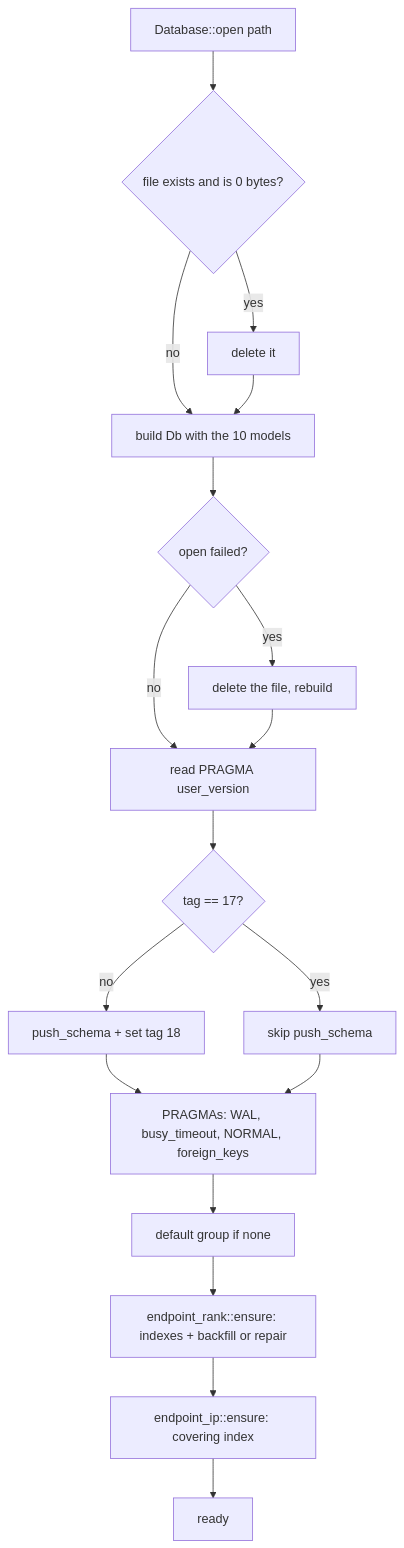
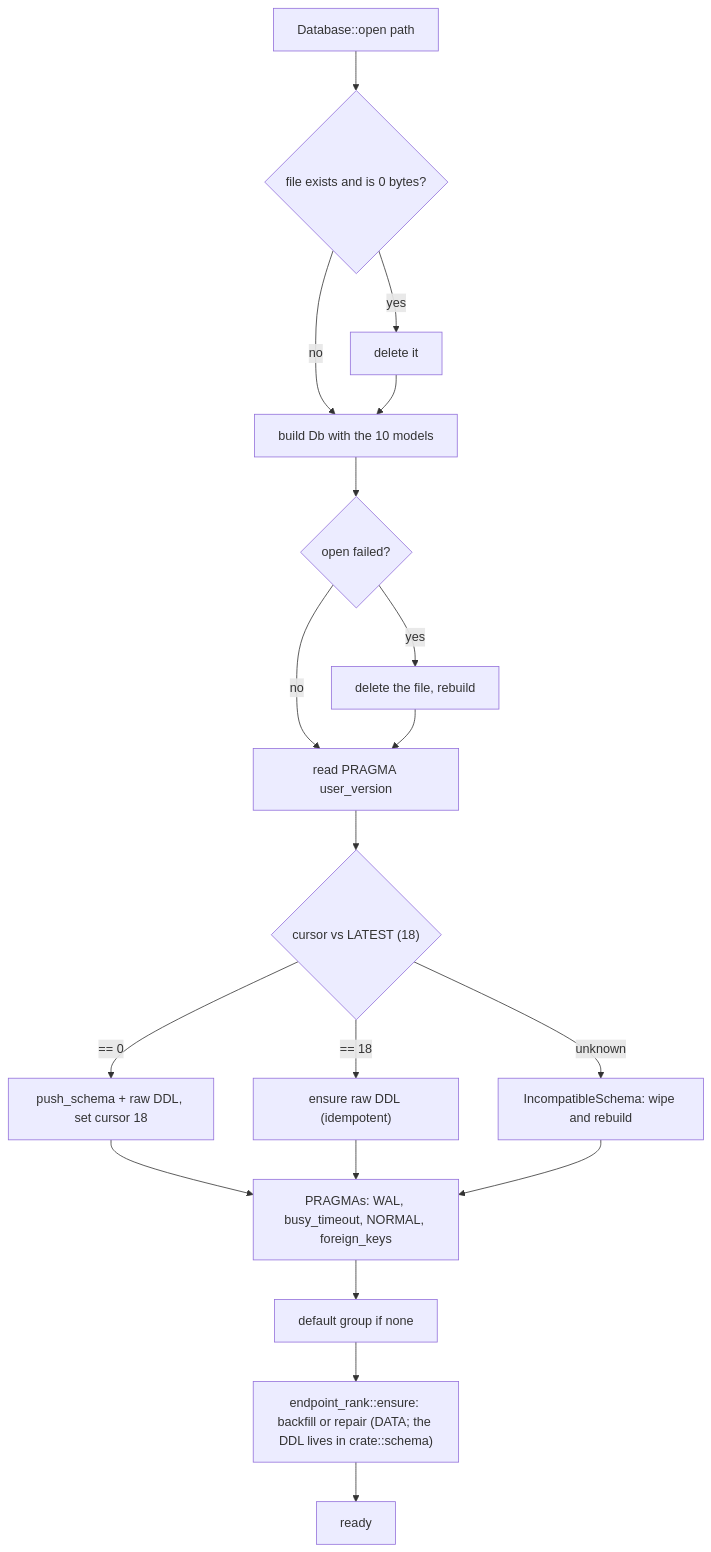
Before and after one commit to SaelKimberly/xray-tui: the second of 7 diagrams in docs/database.md, drawn with Mermaid. The commit also changed other lines of this file and 12 other files, not shown here.

First line of the commit message:
feat(db): migrations own the schema — a cursor, not a wipe

````diff
--- a/docs/database.md
+++ b/docs/database.md
@@ -320,20 +320,21 @@
 ```mermaid
 flowchart TD
     A[Database::open path] --> B{file exists and is 0 bytes?}
     B -- yes --> C[delete it]
     B -- no --> D[build Db with the 10 models]
     C --> D
     D --> E{open failed?}
     E -- yes --> F[delete the file, rebuild]
     E -- no --> G[read PRAGMA user_version]
     F --> G
-    G --> H{tag == 17?}
-    H -- no --> I[push_schema + set tag 18]
-    H -- yes --> J[skip push_schema]
+    G --> H{"cursor vs LATEST (18)"}
+    H -- "== 18" --> J["ensure raw DDL (idempotent)"]
+    H -- "== 0" --> I["push_schema + raw DDL, set cursor 18"]
+    H -- "unknown" --> W["IncompatibleSchema: wipe and rebuild"]
     I --> K[PRAGMAs: WAL, busy_timeout, NORMAL, foreign_keys]
     J --> K
+    W --> K
     K --> L[default group if none]
-    L --> M["endpoint_rank::ensure: indexes + backfill or repair"]
-    M --> N["endpoint_ip::ensure: covering index"]
-    N --> O[ready]
+    L --> M["endpoint_rank::ensure: backfill or repair (DATA; the DDL lives in crate::schema)"]
+    M --> O[ready]
 ```
````
